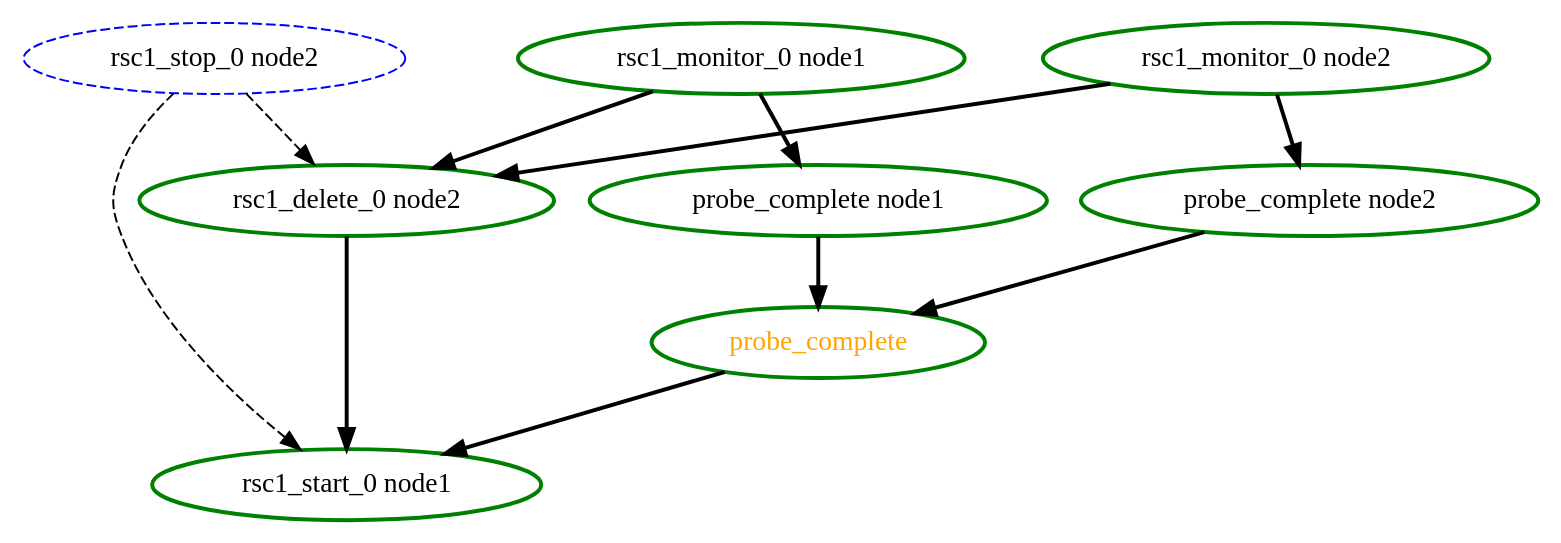
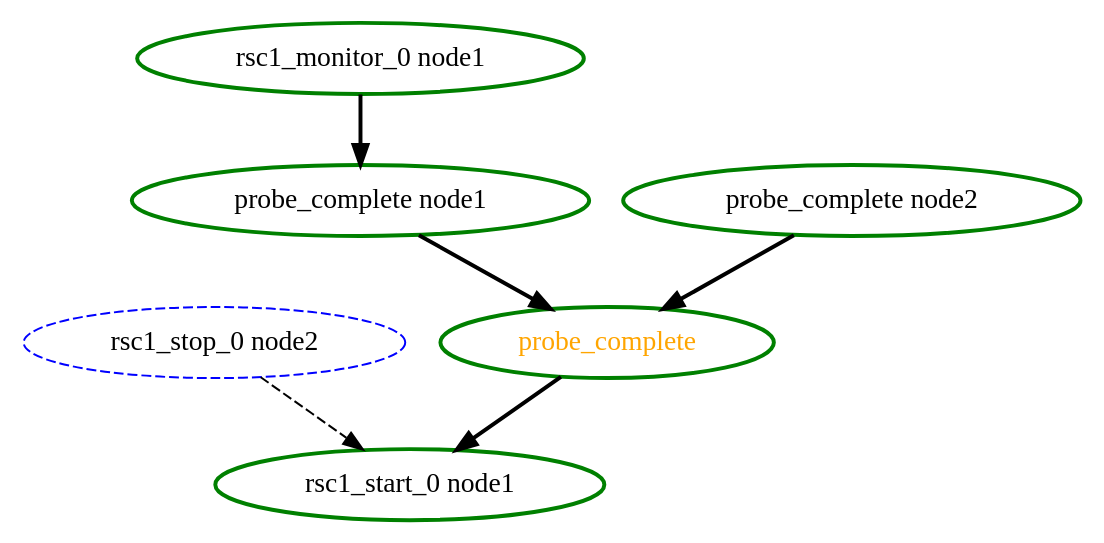
One commit to richiewen8/heartbeat changed the diagram in crm/pengine/testcases/rec-rsc-3.dot. Above: the diagram before and after it, drawn with Graphviz. The commit also changed 105 other files, not shown here.

```diff
--- a/crm/pengine/testcases/rec-rsc-3.dot
+++ b/crm/pengine/testcases/rec-rsc-3.dot
@@ -1,21 +1,14 @@
 digraph "g" {
 	size = "30,30"
 "rsc1_stop_0 node2" [ style="dashed" color="blue" fontcolor="black" ]
-"rsc1_delete_0 node2" [ style=bold color="green" fontcolor="black" ]
 "probe_complete" [ style=bold color="green" fontcolor="orange" ]
 "probe_complete node1" [ style=bold color="green" fontcolor="black" ]
 "rsc1_monitor_0 node1" [ style=bold color="green" fontcolor="black" ]
 "probe_complete node2" [ style=bold color="green" fontcolor="black" ]
-"rsc1_monitor_0 node2" [ style=bold color="green" fontcolor="black" ]
 "rsc1_start_0 node1" [ style=bold color="green" fontcolor="black" ]
-"rsc1_stop_0 node2" -> "rsc1_delete_0 node2" [ style = dashed]
-"rsc1_monitor_0 node1" -> "rsc1_delete_0 node2" [ style = bold]
-"rsc1_monitor_0 node2" -> "rsc1_delete_0 node2" [ style = bold]
 "probe_complete node1" -> "probe_complete" [ style = bold]
 "probe_complete node2" -> "probe_complete" [ style = bold]
 "rsc1_monitor_0 node1" -> "probe_complete node1" [ style = bold]
-"rsc1_monitor_0 node2" -> "probe_complete node2" [ style = bold]
 "rsc1_stop_0 node2" -> "rsc1_start_0 node1" [ style = dashed]
-"rsc1_delete_0 node2" -> "rsc1_start_0 node1" [ style = bold]
 "probe_complete" -> "rsc1_start_0 node1" [ style = bold]
 }
```
